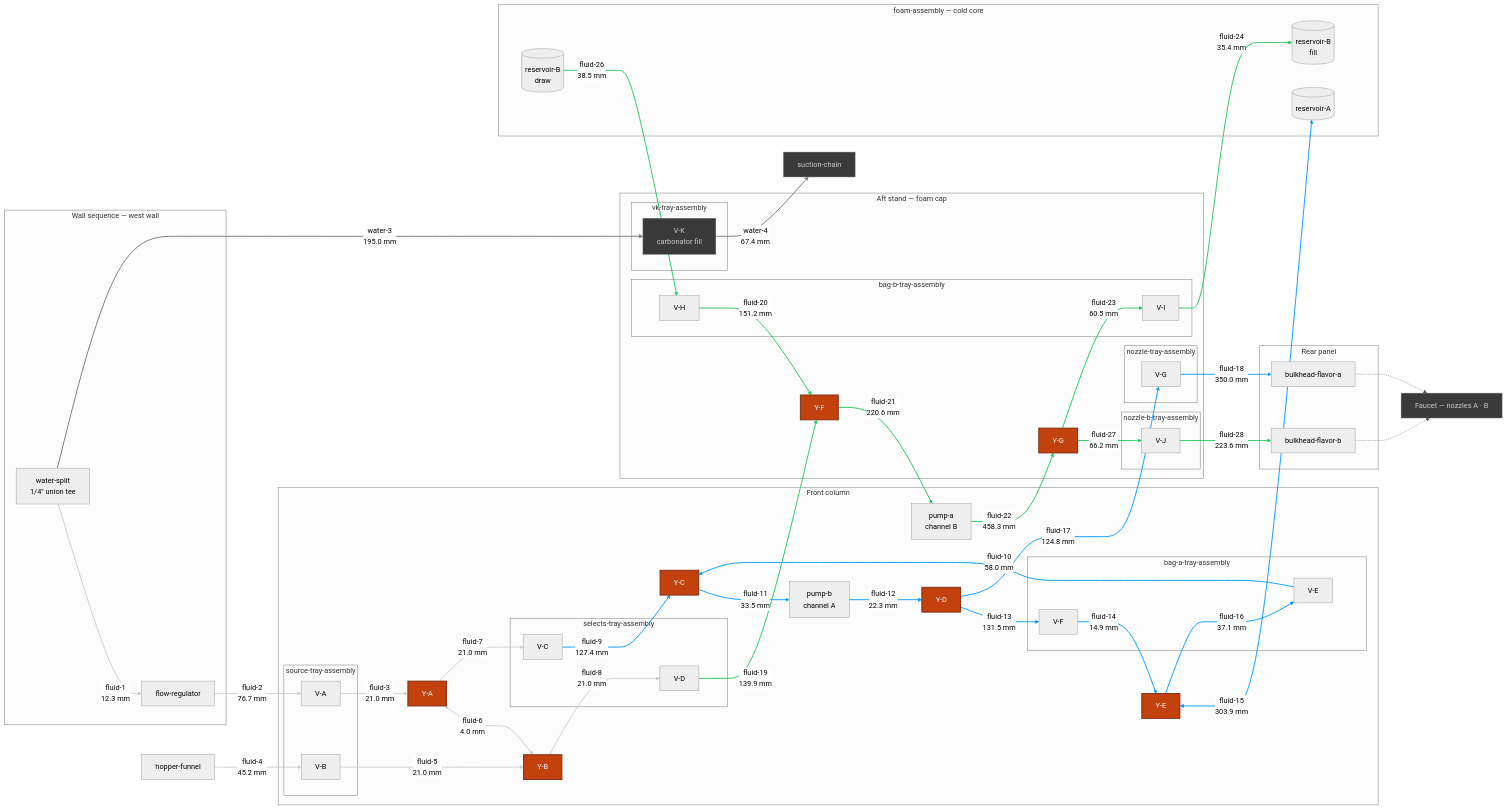
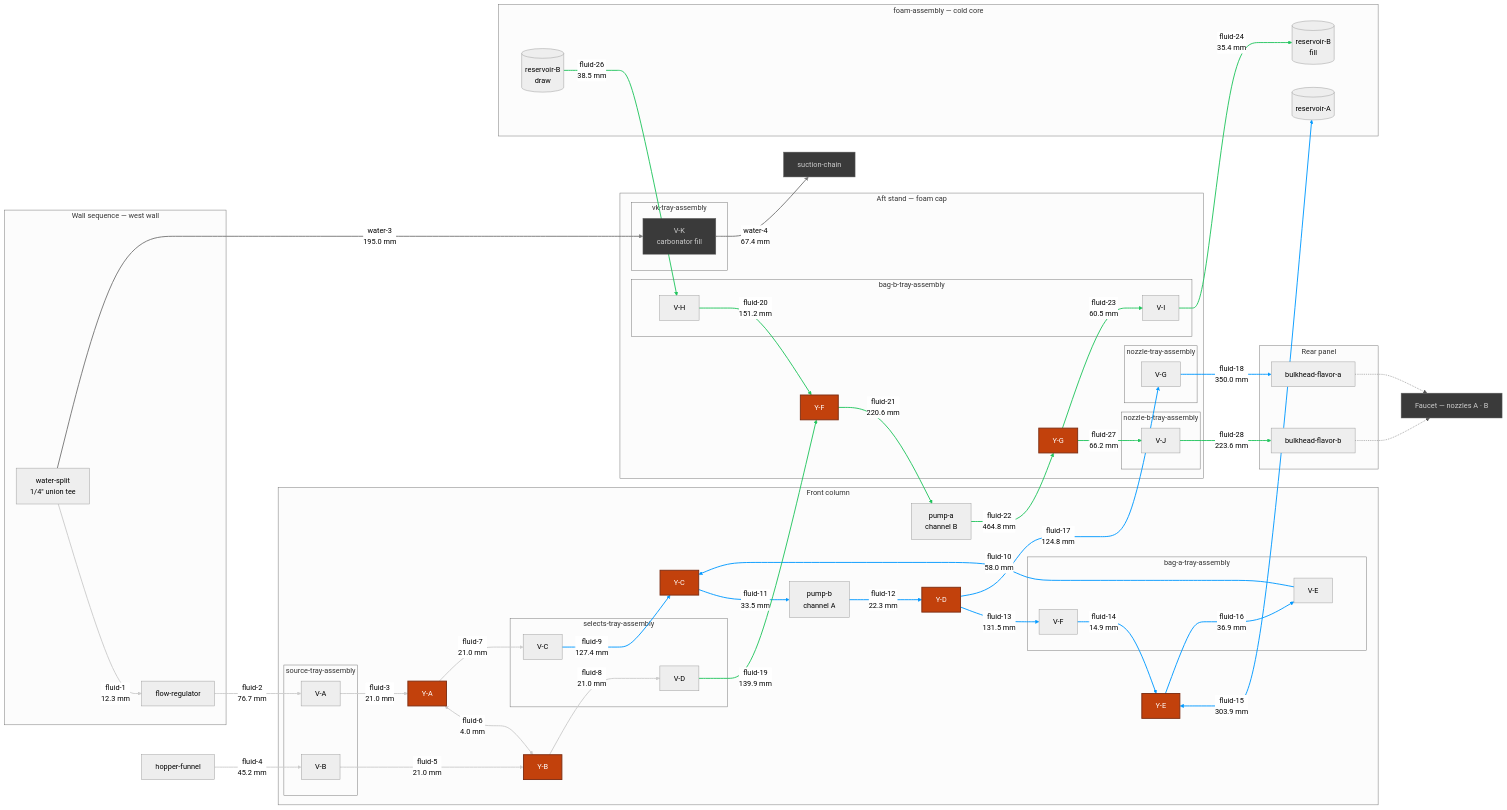
The diagram in hardware/topology/fluid-topology-manifold.mmd (derekbreden/homesodamachine), drawn with Mermaid (neutral theme) before and after one commit.

Commit message:
topology: the manifold chart carries every segment's built length, and fluid-22's climb off the barb now leans west and fluid-16's leads are re-split — so fluid-22 reads 464.8 mm, fluid-16 36.9, and the flavor total 2826.1 over the same 27 segments and 66 bends

```diff
--- a/hardware/topology/fluid-topology-manifold.mmd
+++ b/hardware/topology/fluid-topology-manifold.mmd
@@ -10,9 +10,9 @@
   %% `_fluid_topology_sync.py` writes every number below and gates every edge against
   %% the built run — an edge whose two ends are not that run's two ends fails the gate.
 
-  %% The 27 flavor segments come to [2819.7 mm](FLUID_TOTAL) of 1/4" LLDPE, over
+  %% The 27 flavor segments come to [2826.1 mm](FLUID_TOTAL) of 1/4" LLDPE, over
   %% [66](FLUID_BENDS) bends. The longest is [fluid-22](LONGEST_ID) at
-  %% [458.3 mm](LONGEST_LEN); the shortest is [fluid-6](SHORTEST_ID) at
+  %% [464.8 mm](LONGEST_LEN); the shortest is [fluid-6](SHORTEST_ID) at
   %% [4.0 mm](SHORTEST_LEN).
 
   %% The valves ride seven printed trays in two stands and the seven junctions hang on
@@ -154,7 +154,7 @@
   YD -->|"fluid-13<br/>131.5 mm"| VF
   VF -->|"fluid-14<br/>14.9 mm"| YE
   YE <-->|"fluid-15<br/>303.9 mm"| ResA
-  YE -->|"fluid-16<br/>37.1 mm"| VE
+  YE -->|"fluid-16<br/>36.9 mm"| VE
   YD -->|"fluid-17<br/>124.8 mm"| VG
   VG -->|"fluid-18<br/>350.0 mm"| BhA
 
@@ -170,7 +170,7 @@
   VD -->|"fluid-19<br/>139.9 mm"| YF
   VH -->|"fluid-20<br/>151.2 mm"| YF
   YF -->|"fluid-21<br/>220.6 mm"| PA
-  PA -->|"fluid-22<br/>458.3 mm"| YG
+  PA -->|"fluid-22<br/>464.8 mm"| YG
   YG -->|"fluid-23<br/>60.5 mm"| VI
   VI -->|"fluid-24<br/>35.4 mm"| ResBFill
   ResB -->|"fluid-26<br/>38.5 mm"| VH
```
